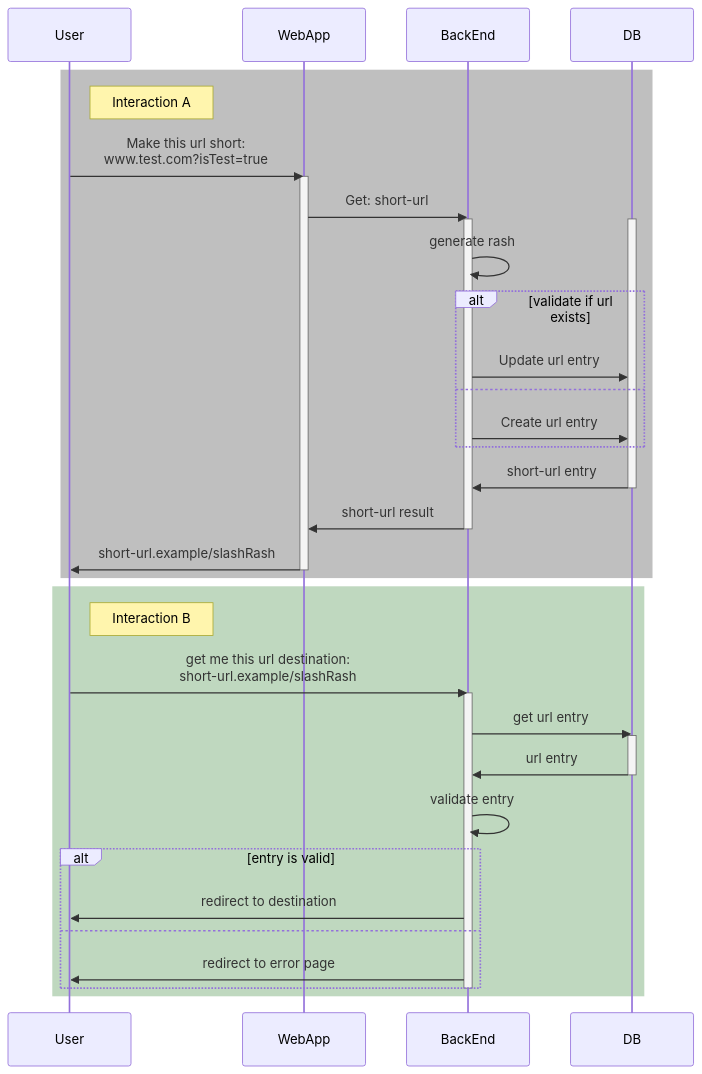
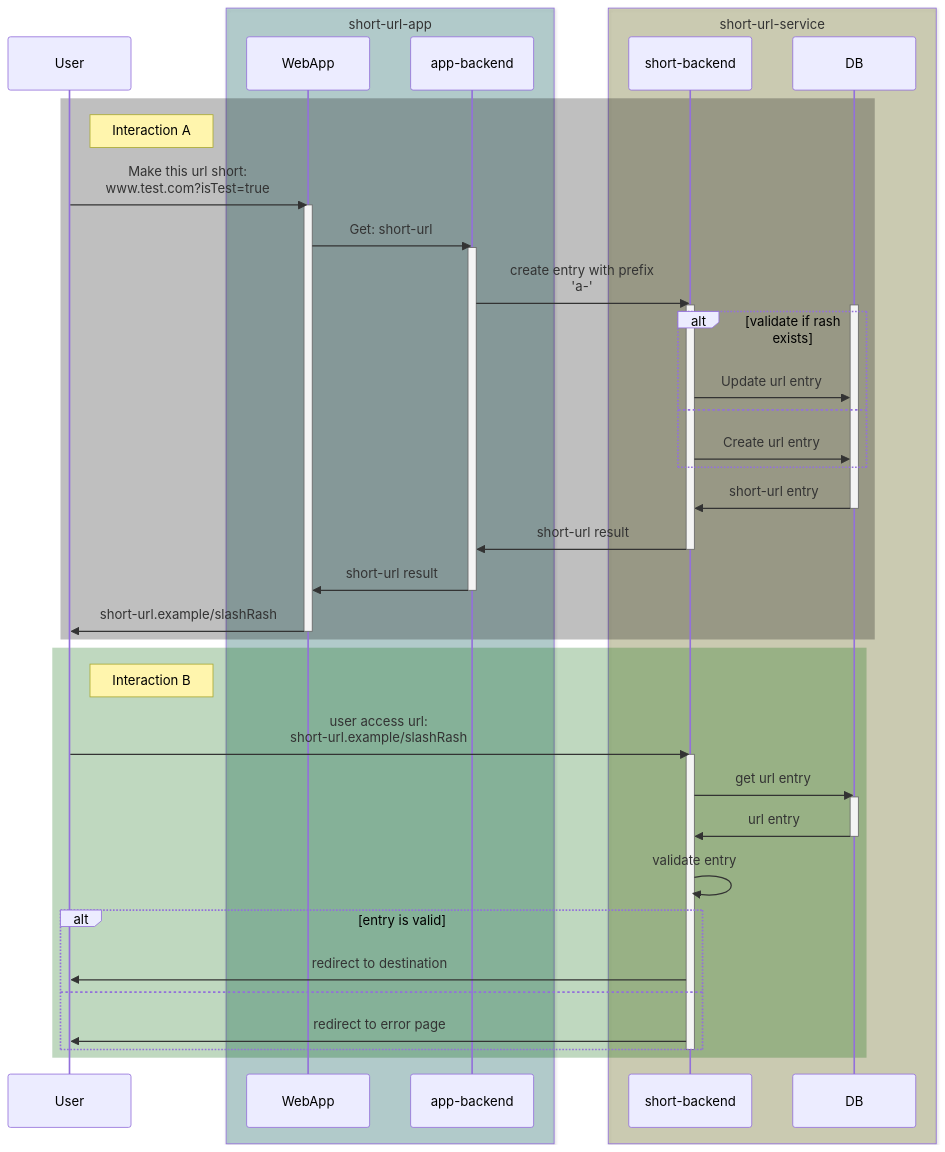
The diagram in doc/app-sequence.md (vzsoares/shortener), drawn with Mermaid before and after one commit. The commit also changed 1 other file, not shown here.

Commit message:
chr: enh doc; decouple service

````diff
--- a/doc/app-sequence.md
+++ b/doc/app-sequence.md
@@ -1,44 +1,52 @@
 ```mermaid
 sequenceDiagram
 
 participant u as User
+box rgba(0,100,100,0.25) short-url-app
 participant w as WebApp
-participant b as BackEnd
+participant b as app-backend
+end
+box rgba(100,100,0,0.25) short-url-service
+participant s as short-backend
 participant d as DB
+end
 rect rgba(0,0,0,0.25)
 note right of u: Interaction A
     u->>w: Make this url short:<br/> www.test.com?isTest=true
     activate w
     w->>b: Get: short-url
     activate b
+    b->>s: create entry with prefix<br/>'a-'
+    activate s
     activate d
-    b->>b: generate rash
-    alt validate if url exists
-        b->>d: Update url entry
+    alt validate if rash exists
+        s->>d: Update url entry
     else
-        b->>d: Create url entry
+        s->>d: Create url entry
     end
-    d->>b: short-url entry
+    d->>s: short-url entry
     deactivate d
+    s->>b: short-url result
+    deactivate s
     b->>w: short-url result
     deactivate b
     w->>u: short-url.example/slashRash
     deactivate w
 end
 rect rgba(0,100,0,0.25)
 note right of u: Interaction B
-    u->>b: get me this url destination:<br/>short-url.example/slashRash
-    activate b
-    b->>d: get url entry
+    u->>s: user access url:<br/>short-url.example/slashRash
+    activate s
+    s->>d: get url entry
     activate d
-    d->>b: url entry
+    d->>s: url entry
     deactivate d
-    b->>b: validate entry
+    s->>s: validate entry
     alt entry is valid
-        b->>u: redirect to destination
+        s->>u: redirect to destination
     else
-        b->>u: redirect to error page
+        s->>u: redirect to error page
     end
-    deactivate b
+    deactivate s
 end
 ```
````
